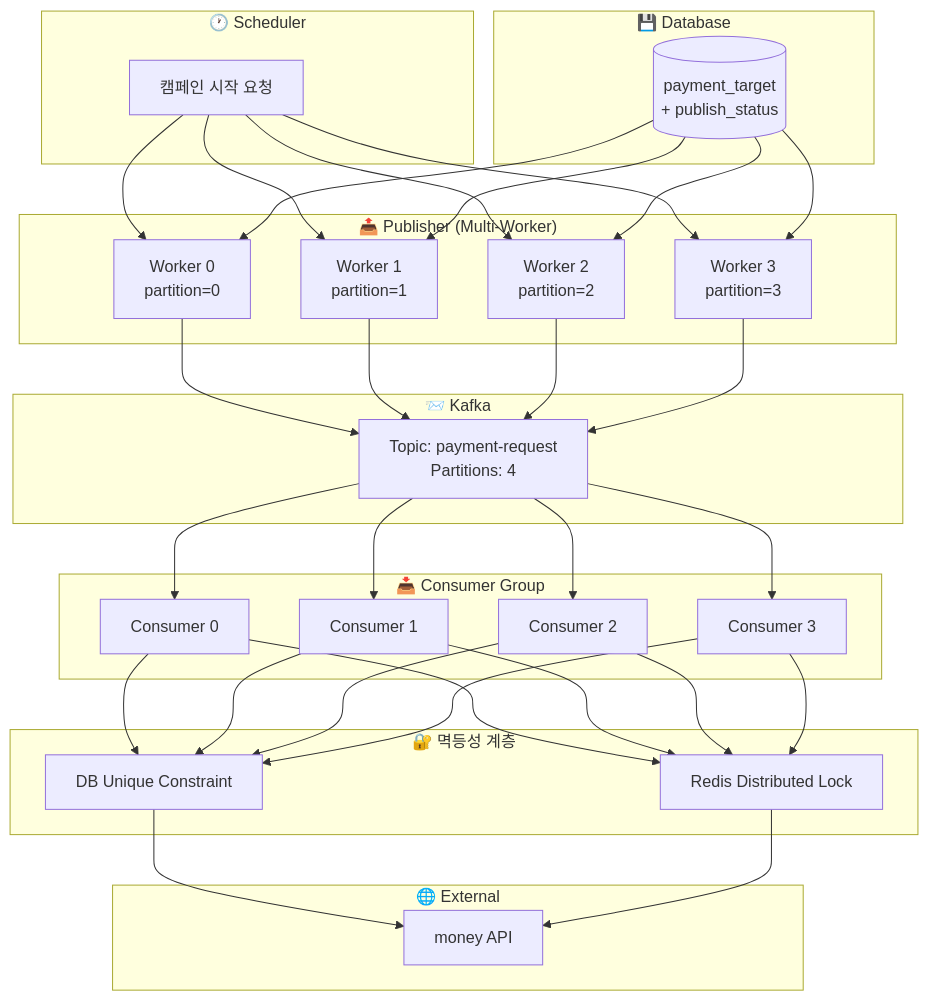
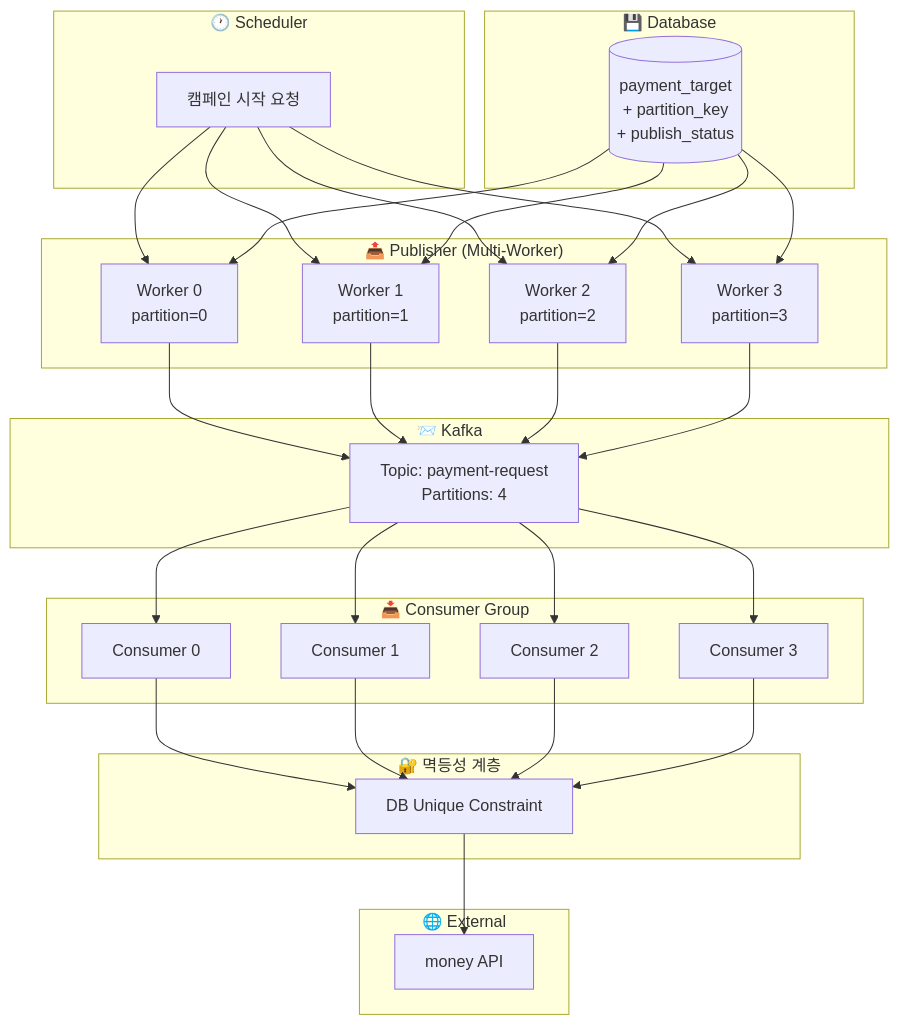
Before and after one commit to JiYoonKimjimmy/obsidian-vault: the first of 6 diagrams in 1. Project/2026_MP_대량 포인트 지급 시스템/02_Architecture.md, drawn with Mermaid. The commit also changed other lines of this file and 1 other file, not shown here.

````diff
--- a/1. Project/2026_MP_대량 포인트 지급 시스템/02_Architecture.md
+++ b/1. Project/2026_MP_대량 포인트 지급 시스템/02_Architecture.md
@@ -29,44 +29,43 @@
 ```mermaid
 flowchart TB
     subgraph Scheduler["🕐 Scheduler"]
         A[캠페인 시작 요청]
     end
     
     subgraph Publisher["📤 Publisher (Multi-Worker)"]
         B[Worker 0<br/>partition=0]
         C[Worker 1<br/>partition=1]
         D[Worker 2<br/>partition=2]
         E[Worker 3<br/>partition=3]
     end
     
     subgraph DB["💾 Database"]
-        F[(payment_target<br/>+ publish_status)]
+        F[(payment_target<br/>+ partition_key<br/>+ publish_status)]
     end
     
     subgraph Kafka["📨 Kafka"]
         G[Topic: payment-request<br/>Partitions: 4]
     end
     
     subgraph Consumer["📥 Consumer Group"]
         H[Consumer 0]
         I[Consumer 1]
         J[Consumer 2]
         K[Consumer 3]
     end
     
     subgraph Idempotency["🔐 멱등성 계층"]
         L[DB Unique Constraint]
-        M[Redis Distributed Lock]
     end
     
     subgraph External["🌐 External"]
-        N[money API]
+        M[money API]
     end
     
     A --> B & C & D & E
     F --> B & C & D & E
     B & C & D & E --> G
     G --> H & I & J & K
-    H & I & J & K --> L & M
-    L & M --> N
+    H & I & J & K --> L
+    L --> M
 ```
````
